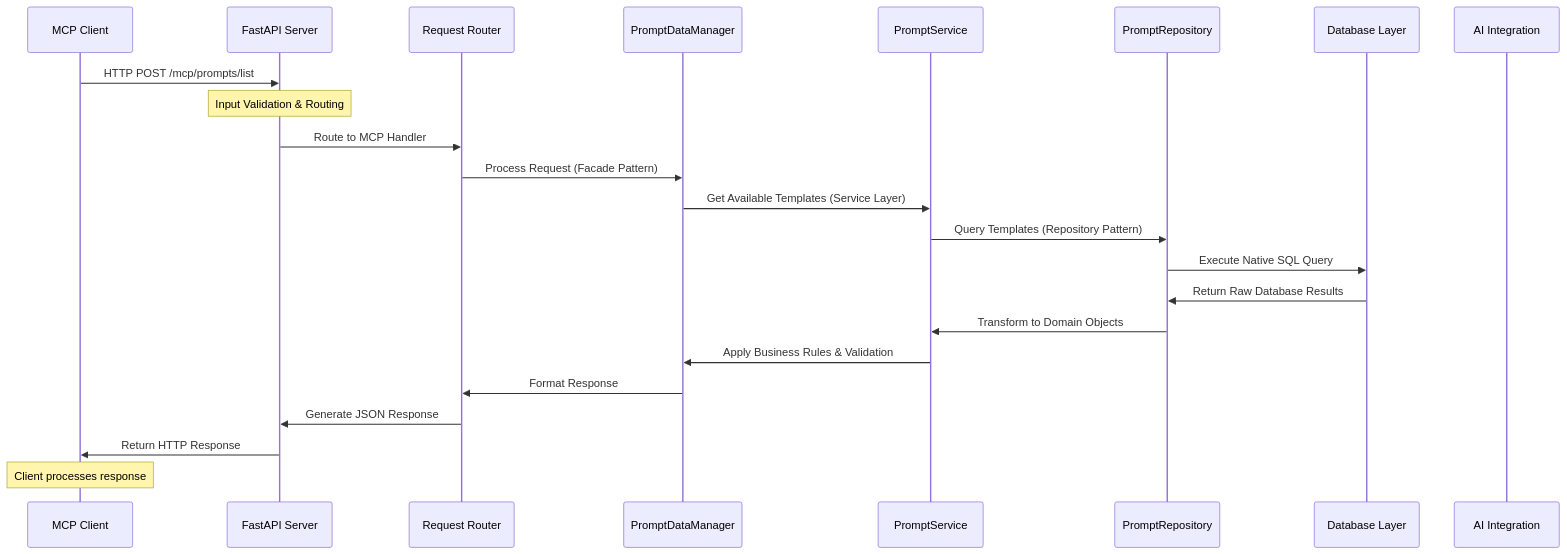
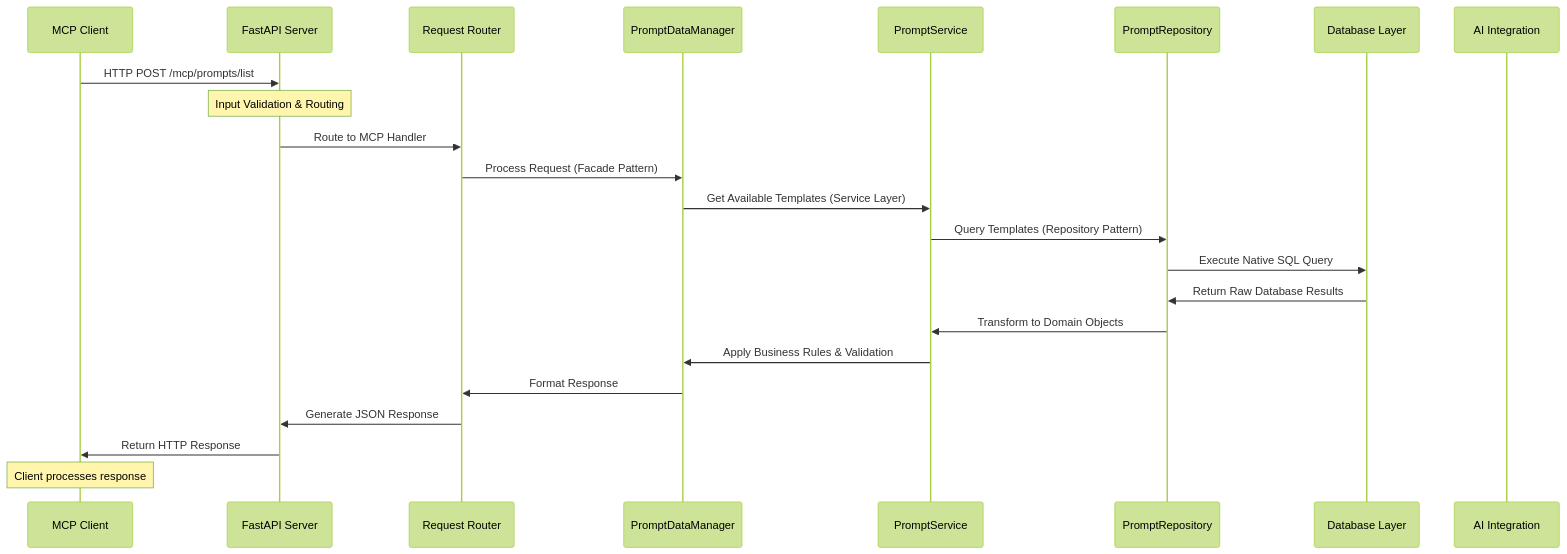
The first of 18 diagrams in documents/flow-control.md (shennawardana23/mcp-go-py), drawn with Mermaid before and after one commit. The commit also changed other lines of this file, not shown here.

Commit message:
:wrench: fix document flow-control

````diff
--- a/documents/flow-control.md
+++ b/documents/flow-control.md
@@ -11,27 +11,32 @@
 ```mermaid
+---
+config:
+  layout: elk
+  theme: forest
+---
 sequenceDiagram
     participant C as MCP Client
     participant F as FastAPI Server
     participant R as Request Router
     participant PM as PromptDataManager
     participant PS as PromptService
     participant PR as PromptRepository
     participant DB as Database Layer
     participant A as AI Integration
 
     C->>F: HTTP POST /mcp/prompts/list
     Note over F: Input Validation & Routing
     F->>R: Route to MCP Handler
     R->>PM: Process Request (Facade Pattern)
     PM->>PS: Get Available Templates (Service Layer)
     PS->>PR: Query Templates (Repository Pattern)
     PR->>DB: Execute Native SQL Query
     DB->>PR: Return Raw Database Results
     PR->>PS: Transform to Domain Objects
     PS->>PM: Apply Business Rules & Validation
     PM->>R: Format Response
     R->>F: Generate JSON Response
     F->>C: Return HTTP Response
 
     Note over C: Client processes response
 ```
````
